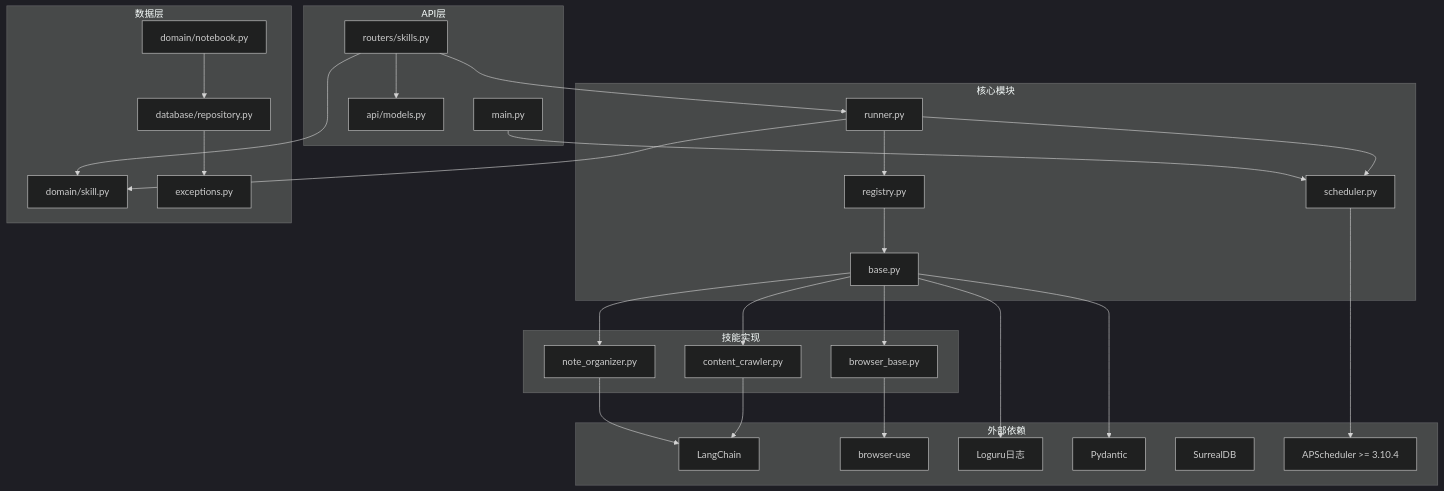
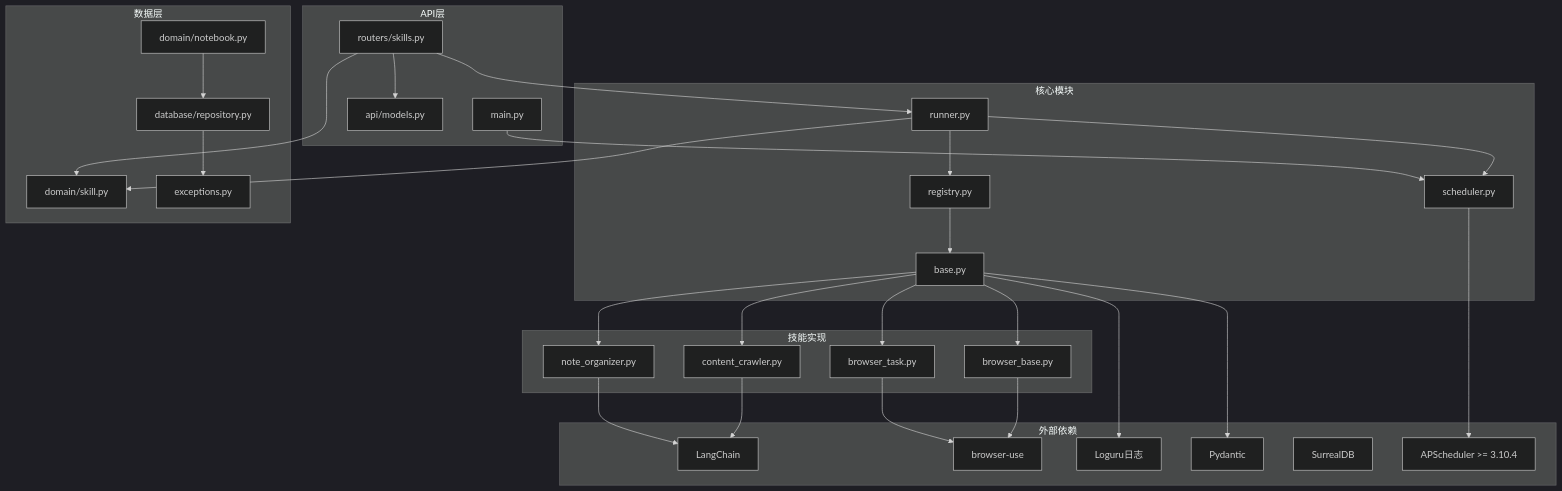
One commit to jackeyunjie/open-notebook changed diagram 17 of 17 in .qoder/repowiki/zh/content/项目概述/核心功能特性/技能系统.md. Above: the diagram before and after it, drawn with Mermaid (dark theme). The commit also changed other lines of this file and 11 other files, not shown here.

````diff
--- a/.qoder/repowiki/zh/content/项目概述/核心功能特性/技能系统.md
+++ b/.qoder/repowiki/zh/content/项目概述/核心功能特性/技能系统.md
@@ -787,52 +823,55 @@
 ```mermaid
 graph TB
 subgraph "外部依赖"
 LangChain[LangChain]
 BrowserUse[browser-use]
 Loguru[Loguru日志]
 Pydantic[Pydantic]
 SurrealDB[SurrealDB]
 APScheduler[APScheduler >= 3.10.4]
 end
 subgraph "核心模块"
 Base[base.py]
 Registry[registry.py]
 Runner[runner.py]
 Scheduler[scheduler.py]
 end
 subgraph "技能实现"
 Content[content_crawler.py]
-Browser[browser_base.py]
+BrowserBase[browser_base.py]
+BrowserTask[browser_task.py]
 Organizer[note_organizer.py]
 end
 subgraph "API层"
 API[routers/skills.py]
 Main[main.py]
 Models[api/models.py]
 end
 subgraph "数据层"
 Domain[domain/skill.py]
 Notebook[domain/notebook.py]
 Repository[database/repository.py]
 Exceptions[exceptions.py]
 end
 API --> Runner
 Runner --> Registry
 Runner --> Scheduler
 Scheduler --> APScheduler
 Registry --> Base
 Base --> Content
-Base --> Browser
+Base --> BrowserBase
+Base --> BrowserTask
 Base --> Organizer
 Content --> LangChain
-Browser --> BrowserUse
+BrowserBase --> BrowserUse
+BrowserTask --> BrowserUse
 Organizer --> LangChain
 Runner --> Domain
 API --> Domain
 API --> Models
 Main --> Scheduler
 Base --> Loguru
 Base --> Pydantic
 Notebook --> Repository
 Repository --> Exceptions
 ```
````
